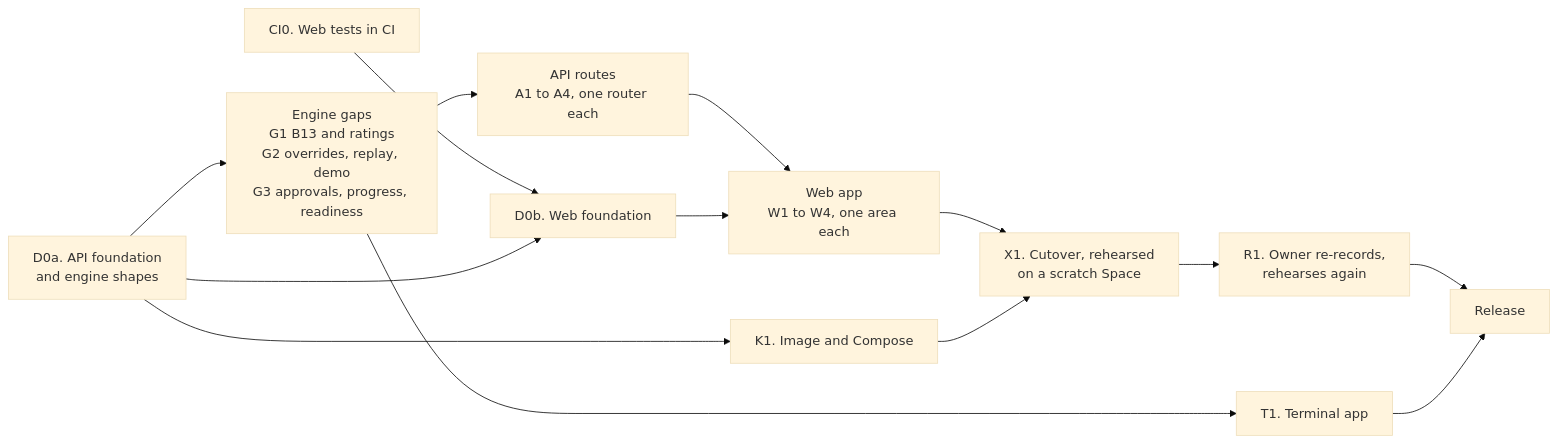
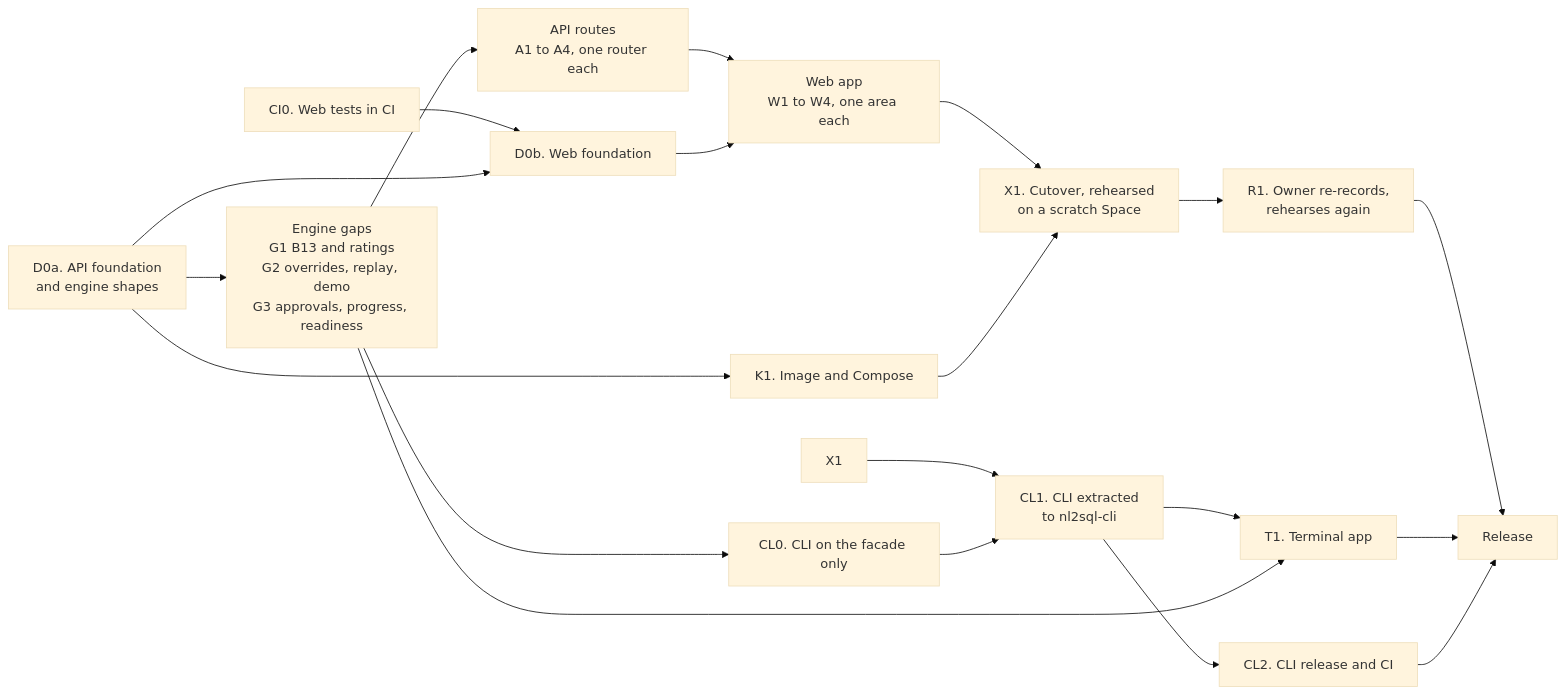
One commit to nadeem4/nl2sql changed the first of 4 diagrams in docs/architecture/wave_d.md. Above: the diagram before and after it, drawn with Mermaid (base theme). The commit also changed other lines of this file, not shown here.

First line of the commit message:
docs(wave-d): one UI in nl2sql-ui, CLI app on the engine (#400)

````diff
--- a/docs/architecture/wave_d.md
+++ b/docs/architecture/wave_d.md
@@ -149,18 +171,24 @@
 ```mermaid
 flowchart LR
   CI["CI0. Web tests in CI"]
   CI --> DB["D0b. Web foundation"]
   DA["D0a. API foundation<br/>and engine shapes"]
   DA --> G["Engine gaps<br/>G1 B13 and ratings<br/>G2 overrides, replay, demo<br/>G3 approvals, progress, readiness"]
   DA --> DB
   G --> A["API routes<br/>A1 to A4, one router each"]
   A --> W["Web app<br/>W1 to W4, one area each"]
   DB --> W
-  G --> T["T1. Terminal app"]
+  G --> CL0["CL0. CLI on the facade only"]
+  X1 --> CL1["CL1. CLI extracted<br/>to nl2sql-cli"]
+  CL0 --> CL1
+  CL1 --> CL2["CL2. CLI release and CI"]
+  CL1 --> T["T1. Terminal app"]
+  G --> T
   DA --> K["K1. Image and Compose"]
   W --> X["X1. Cutover, rehearsed<br/>on a scratch Space"]
   K --> X
   X --> R["R1. Owner re-records,<br/>rehearses again"]
   R --> REL["Release"]
   T --> REL
+  CL2 --> REL
 ```
````
